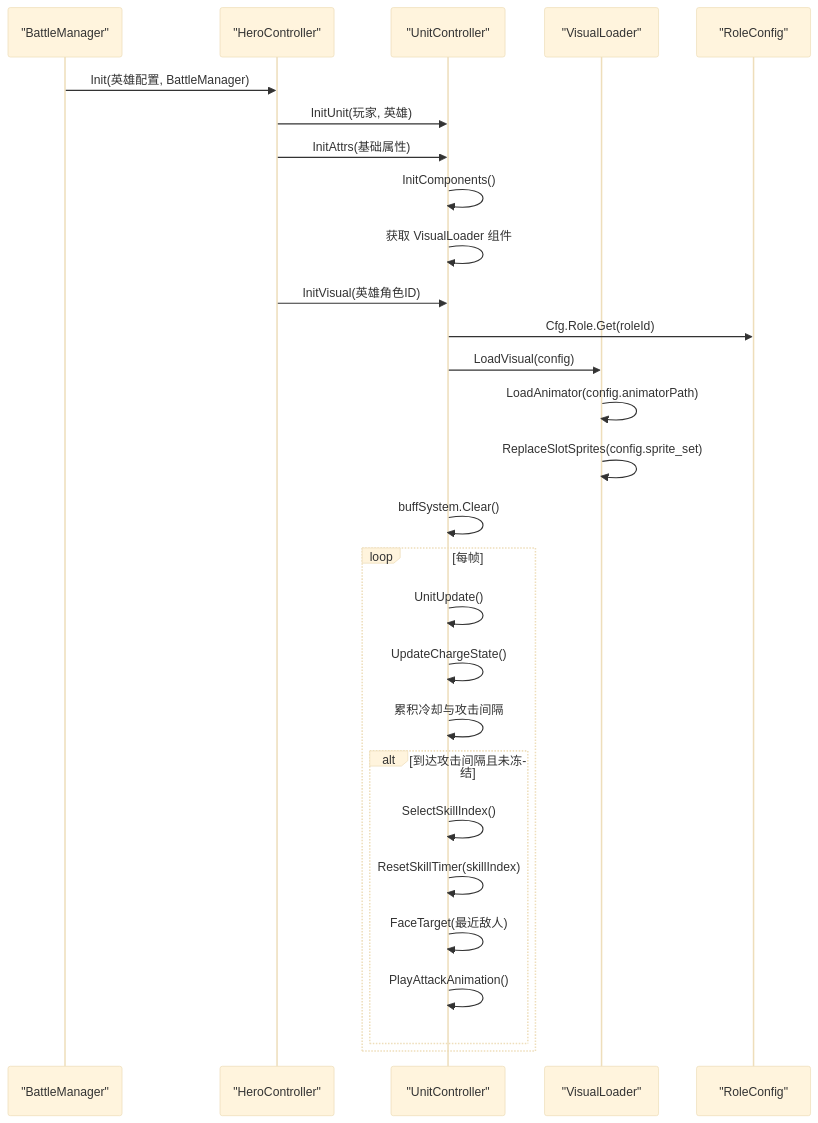
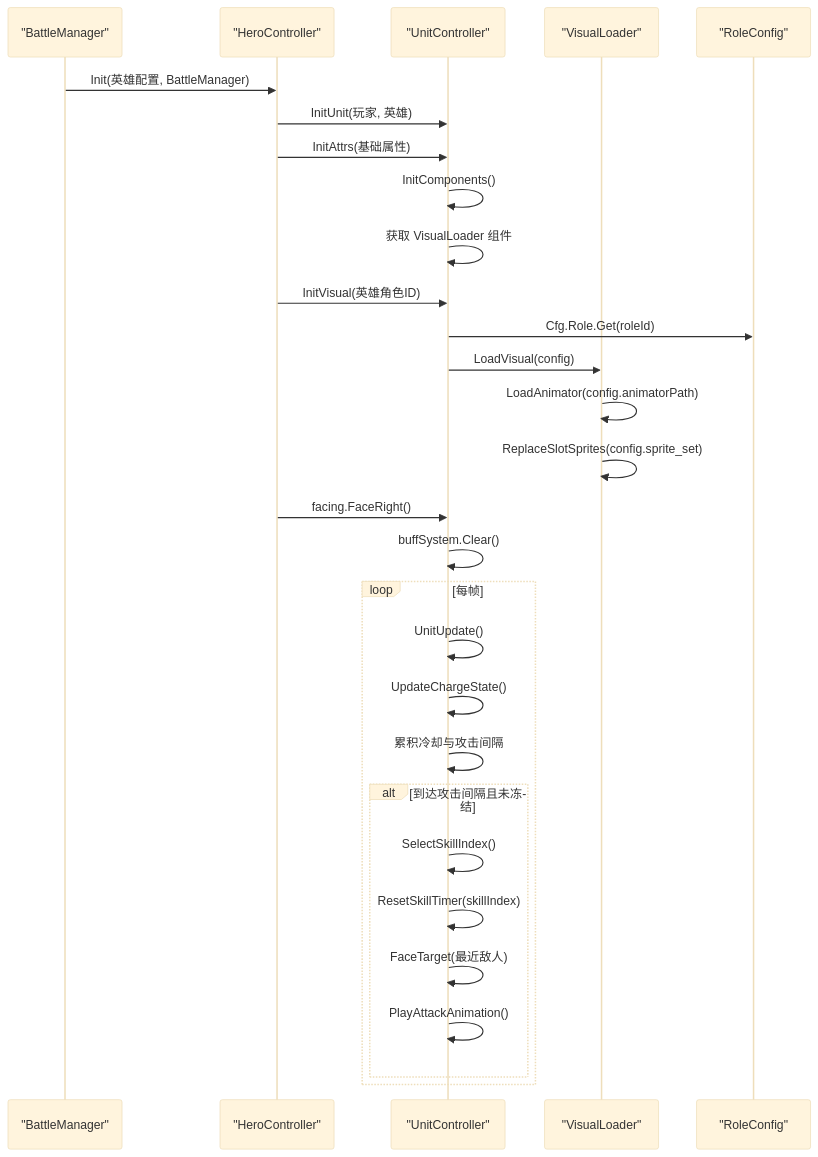
One commit to Tuusen/p1_client changed the third of 7 diagrams in .qoder/repowiki/zh/content/战斗系统/角色控制器/角色控制器.md. Above: the diagram before and after it, drawn with Mermaid (base theme). The commit also changed other lines of this file and 9 other files, not shown here.

````diff
--- a/.qoder/repowiki/zh/content/战斗系统/角色控制器/角色控制器.md
+++ b/.qoder/repowiki/zh/content/战斗系统/角色控制器/角色控制器.md
@@ -304,30 +306,31 @@
 ```mermaid
 sequenceDiagram
 participant BM as "BattleManager"
 participant HC as "HeroController"
 participant UC as "UnitController"
 participant VL as "VisualLoader"
 participant RC as "RoleConfig"
 BM->>HC : Init(英雄配置, BattleManager)
 HC->>UC : InitUnit(玩家, 英雄)
 HC->>UC : InitAttrs(基础属性)
 UC->>UC : InitComponents()
 UC->>UC : 获取 VisualLoader 组件
 HC->>UC : InitVisual(英雄角色ID)
 UC->>RC : Cfg.Role.Get(roleId)
 UC->>VL : LoadVisual(config)
 VL->>VL : LoadAnimator(config.animatorPath)
 VL->>VL : ReplaceSlotSprites(config.sprite_set)
+HC->>UC : facing.FaceRight()
 UC->>UC : buffSystem.Clear()
 loop 每帧
 UC->>UC : UnitUpdate()
 UC->>UC : UpdateChargeState()
 UC->>UC : 累积冷却与攻击间隔
 alt 到达攻击间隔且未冻结
 UC->>UC : SelectSkillIndex()
 UC->>UC : ResetSkillTimer(skillIndex)
 UC->>UC : FaceTarget(最近敌人)
 UC->>UC : PlayAttackAnimation()
 end
 end
 ```
````
